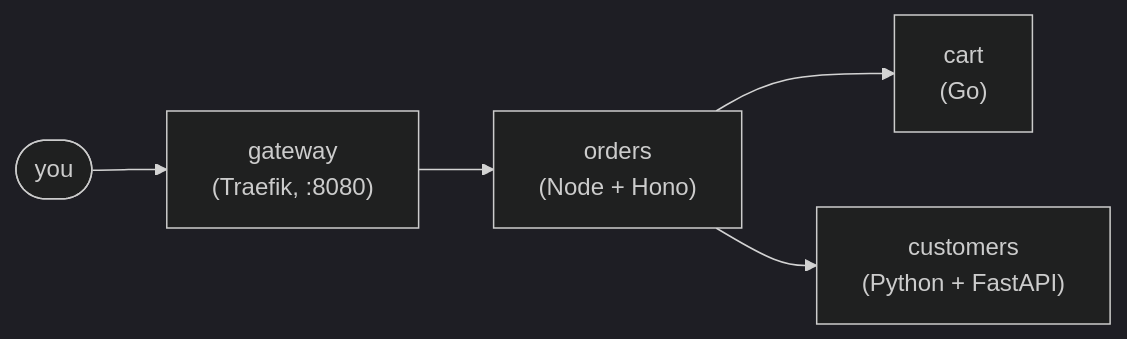
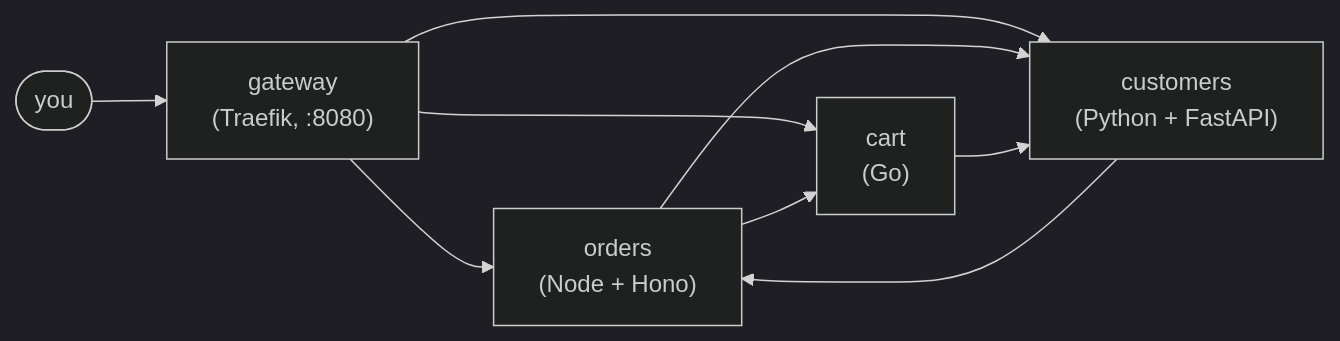
Before and after one commit to CarlosHPlata/archInPractice: the first of 2 diagrams in observability/README.md, drawn with Mermaid (dark theme). The commit also changed other lines of this file and 25 other files, not shown here.

````diff
--- a/observability/README.md
+++ b/observability/README.md
@@ -8,12 +8,15 @@
 ```mermaid
 flowchart LR
     you(["you"])
     gateway["gateway<br/>(Traefik, :8080)"]
     orders["orders<br/>(Node + Hono)"]
     cart["cart<br/>(Go)"]
     customers["customers<br/>(Python + FastAPI)"]
 
-    you --> gateway --> orders
+    you --> gateway
+    gateway --> orders & cart & customers
     orders --> cart
     orders --> customers
+    cart --> customers
+    customers --> orders
 ```
````
